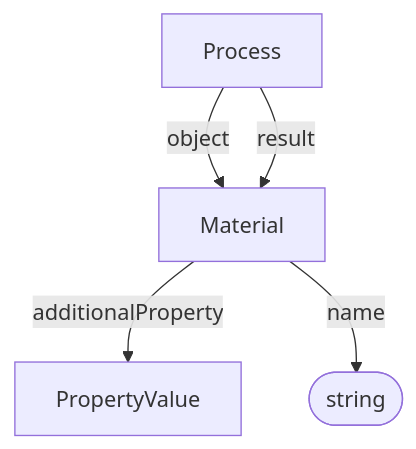
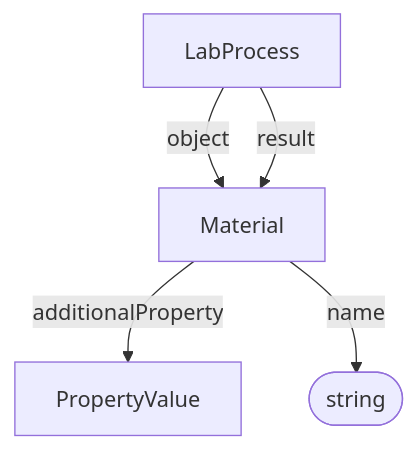
One commit to HLWeil/ProcessCore changed the diagram in spec/core/Material.md. Above: the diagram before and after it, drawn with Mermaid. The commit also changed other lines of this file and 10 other files, not shown here.

````diff
--- a/spec/core/Material.md
+++ b/spec/core/Material.md
@@ -21,10 +22,10 @@
 ```mermaid
 flowchart TD
 
     na@{ shape: stadium, label: "string" }
 
-    Process --"object"--> Material
-    Process --result--> Material
+    LabProcess --"object"--> Material
+    LabProcess --result--> Material
     Material --additionalProperty--> PropertyValue
     Material --name--> na
 ```
````
